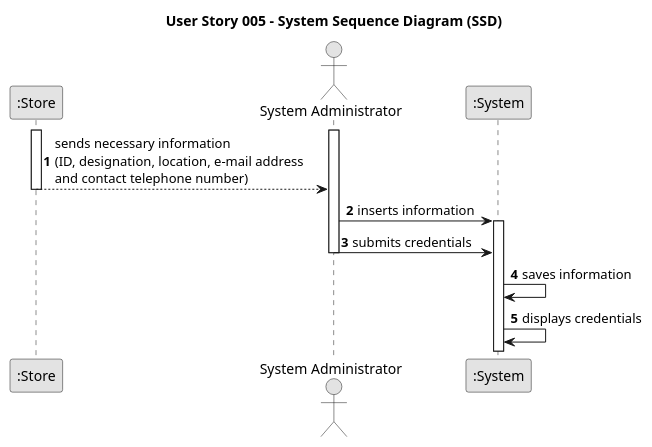
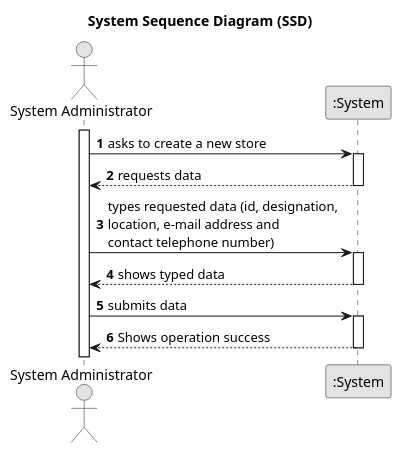
Before and after one commit to Rodrick0209/ISEP-LAPR2-22-23: the diagram in docs/sprintA/us005/01.requirements-engineering/puml/us005-system-sequence-diagram.puml, drawn with PlantUML. The commit also changed 23 other files, not shown here.

```diff
--- a/docs/sprintA/us005/01.requirements-engineering/puml/us005-system-sequence-diagram.puml
+++ b/docs/sprintA/us005/01.requirements-engineering/puml/us005-system-sequence-diagram.puml
@@ -1,32 +1,31 @@
 @startuml
 skinparam monochrome true
 skinparam packageStyle rectangle
 skinparam shadowing false
 
-title User Story 005 - System Sequence Diagram (SSD)
+title System Sequence Diagram (SSD)
 
 autonumber
 
-participant ":Store" as Store
 actor "System Administrator" as Administrator
 participant ":System" as System
 
 
 activate Administrator
-activate Store
 
-    Store --> Administrator : sends necessary information \n(ID, designation, location, e-mail address \nand contact telephone number)
-    deactivate Store
+    Administrator -> System : asks to create a new store
+    activate System
+        System --> Administrator : requests data
+        deactivate System
 
-    Administrator -> System : inserts information
+    Administrator -> System : types requested data (id, designation, \nlocation, e-mail address and \ncontact telephone number)
     activate System
+        System --> Administrator: shows typed data
+        deactivate System
 
-    Administrator -> System : submits credentials
-    deactivate Administrator
-
-    System -> System : saves information
-
-    System -> System : displays credentials
-
+    Administrator -> System : submits data
+    activate System
+        System --> Administrator : Shows operation success
+        deactivate System
 
 @enduml
```
